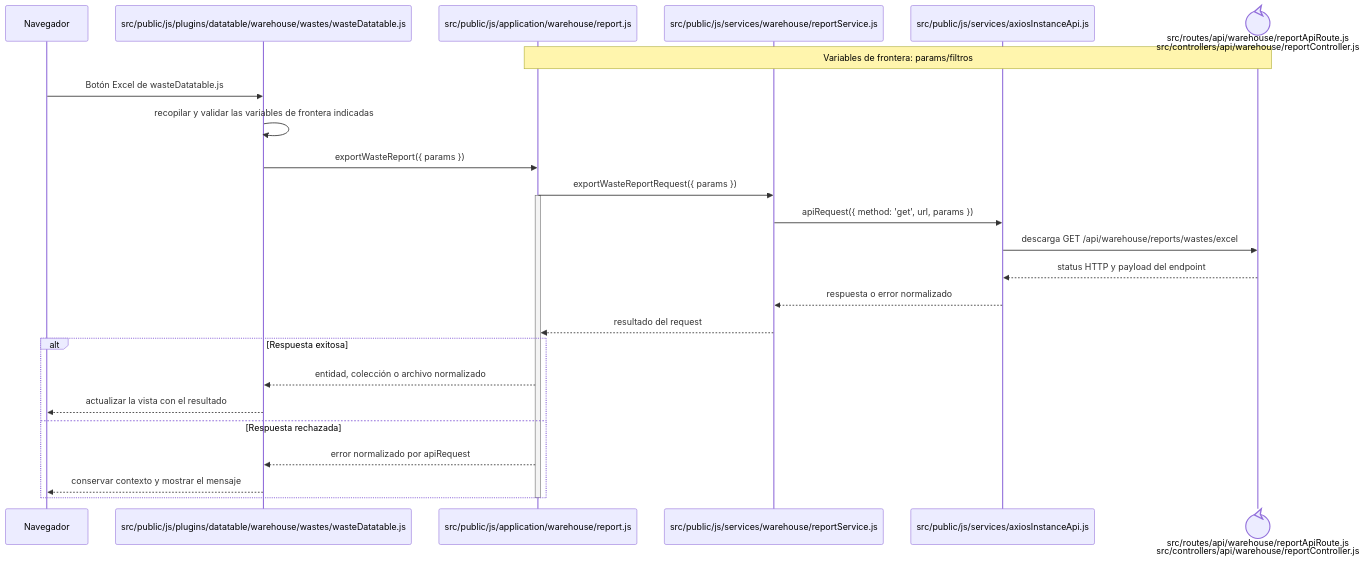
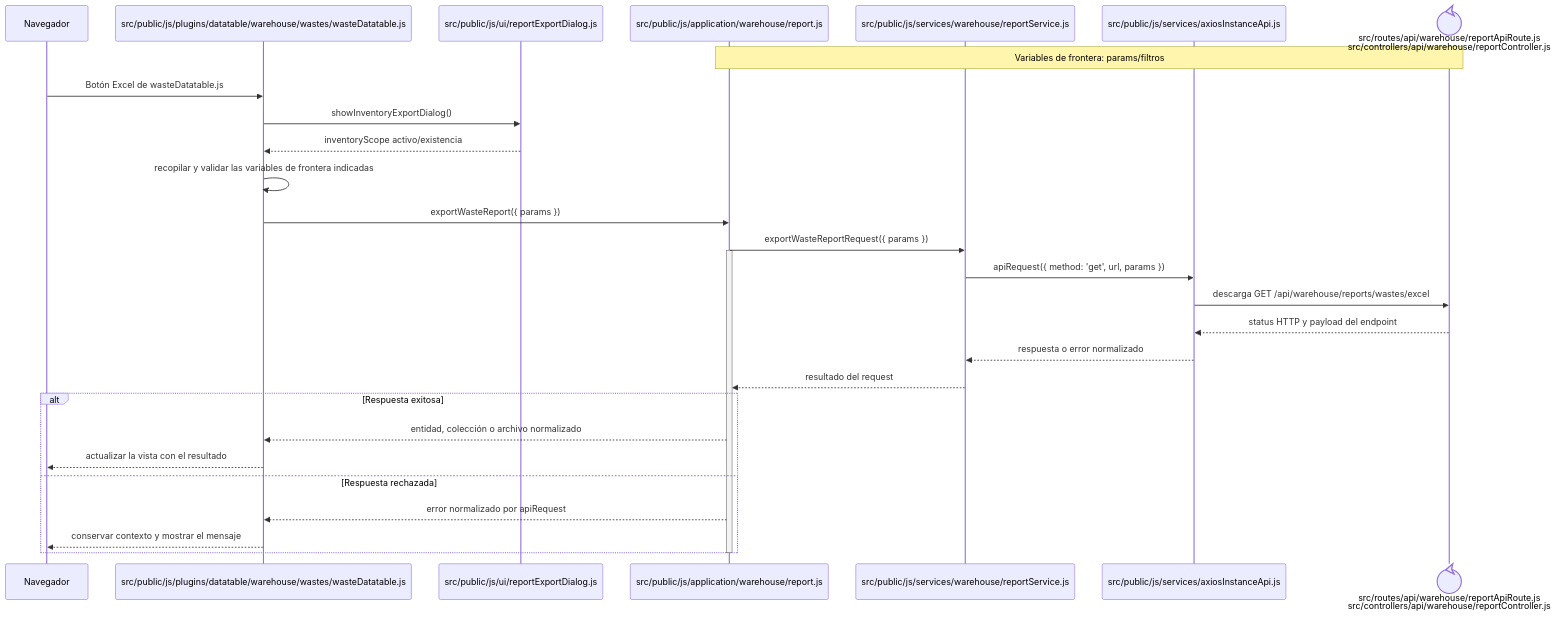
Before and after one commit to gpgsistemas01/nexus: the ninth of 15 diagrams in docs/architecture/frontend-code-sequences/reports.md, drawn with Mermaid. The commit also changed other lines of this file and 5 other files, not shown here.

````diff
--- a/docs/architecture/frontend-code-sequences/reports.md
+++ b/docs/architecture/frontend-code-sequences/reports.md
@@ -275,29 +278,32 @@
 ```mermaid
 sequenceDiagram
     participant Browser as Navegador
     participant View as src/public/js/plugins/datatable/warehouse/wastes/wasteDatatable.js
+    participant Dialog as src/public/js/ui/reportExportDialog.js
     participant Application as src/public/js/application/warehouse/report.js
     participant Request as src/public/js/services/warehouse/reportService.js
     participant HTTP as src/public/js/services/axiosInstanceApi.js
     participant Transport@{ "type": "control" } as src/routes/api/warehouse/reportApiRoute.js<br/>src/controllers/api/warehouse/reportController.js
     Note over Application,Transport: Variables de frontera: params/filtros
 
     Browser->>View: Botón Excel de wasteDatatable.js
+    View->>Dialog: showInventoryExportDialog()
+    Dialog-->>View: inventoryScope activo/existencia
     View->>View: recopilar y validar las variables de frontera indicadas
     View->>Application: exportWasteReport({ params })
     Application->>Request: exportWasteReportRequest({ params })
     activate Application
     Request->>HTTP: apiRequest({ method: 'get', url, params })
     HTTP->>Transport: descarga GET /api/warehouse/reports/wastes/excel
     Transport-->>HTTP: status HTTP y payload del endpoint
     HTTP-->>Request: respuesta o error normalizado
     Request-->>Application: resultado del request
     alt Respuesta exitosa
         Application-->>View: entidad, colección o archivo normalizado
         View-->>Browser: actualizar la vista con el resultado
     else Respuesta rechazada
         Application-->>View: error normalizado por apiRequest
         View-->>Browser: conservar contexto y mostrar el mensaje
     end
     deactivate Application
 ```
````
